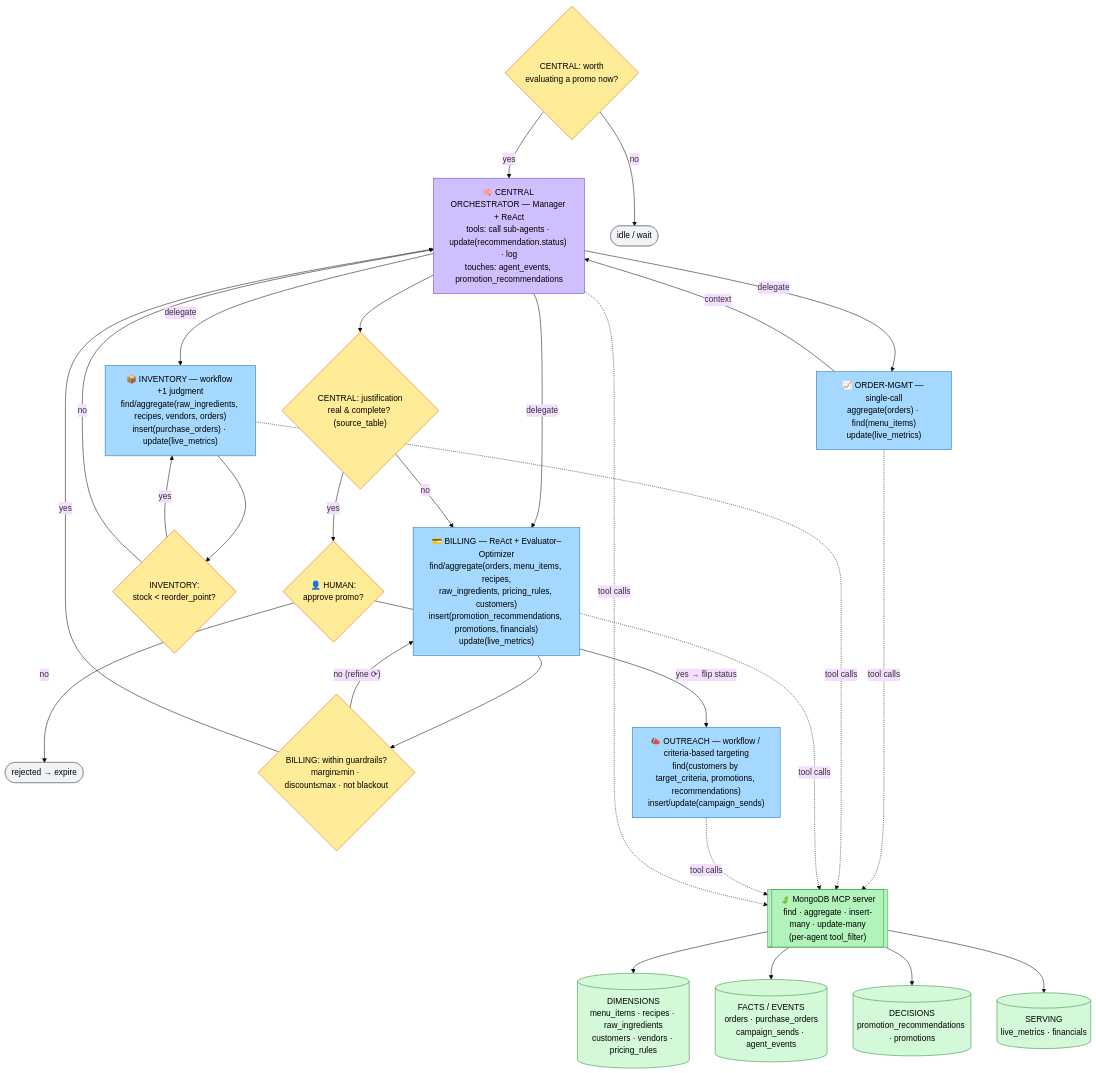
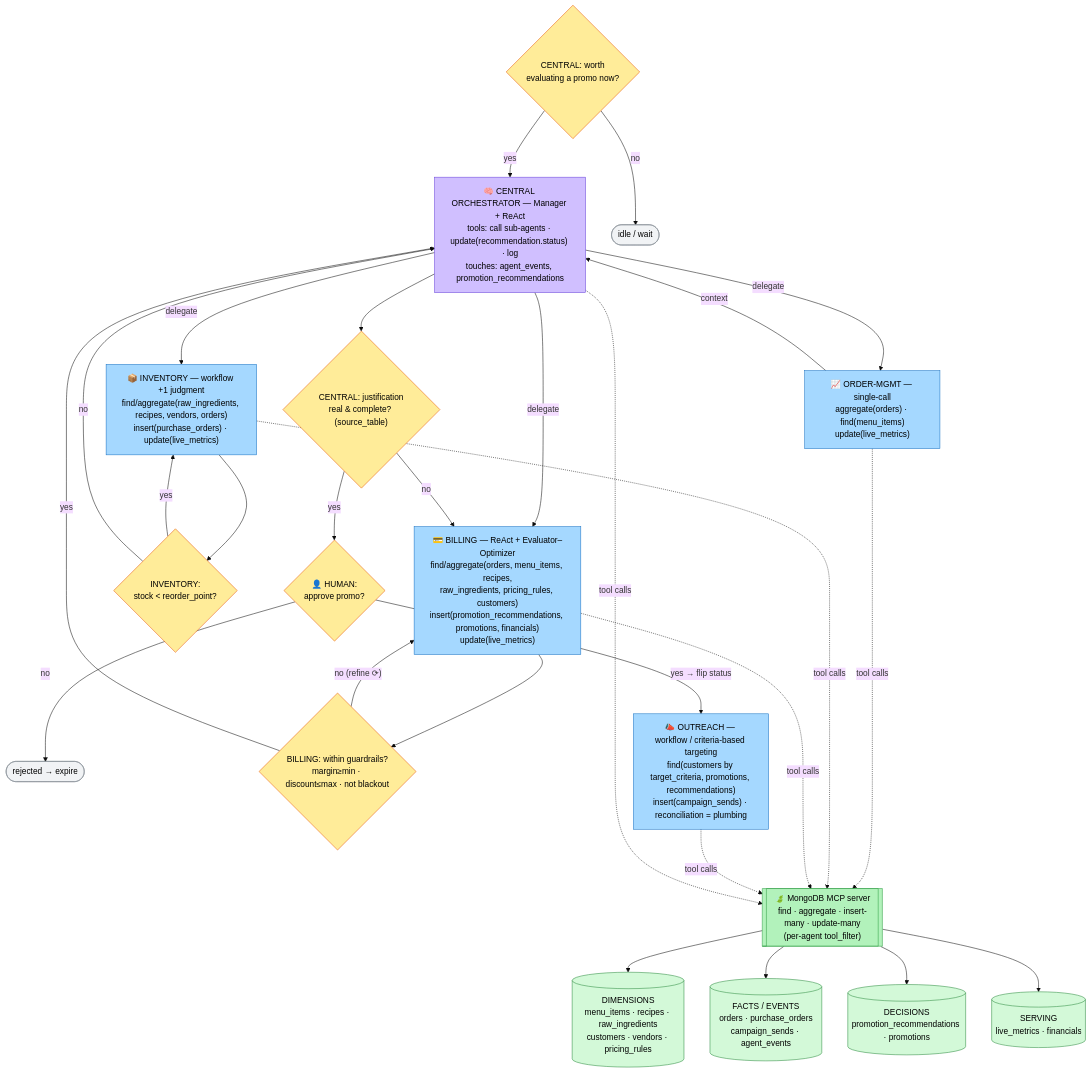
One commit to karthikuppuluri/restaurant_gm_agent changed the diagram in README.md. Above: the diagram before and after it, drawn with Mermaid (base theme). The commit also changed other lines of this file and 5 other files, not shown here.

````diff
--- a/README.md
+++ b/README.md
@@ -68,62 +77,62 @@
 ```mermaid
 flowchart TB
   classDef agent fill:#a5d8ff,stroke:#1971c2,color:#000;
   classDef central fill:#d0bfff,stroke:#6741d9,color:#000;
   classDef decision fill:#ffec99,stroke:#e8590c,color:#000;
   classDef data fill:#d3f9d8,stroke:#2b8a3e,color:#000;
   classDef mcp fill:#b2f2bb,stroke:#2f9e44,color:#000;
   classDef term fill:#f1f3f5,stroke:#868e96,color:#000;
 
   %% ---- orchestration + decisions ----
   TRIG{"CENTRAL: worth<br/>evaluating a promo now?"}:::decision
   CENTRAL["🧠 CENTRAL ORCHESTRATOR — Manager + ReAct<br/>tools: call sub-agents · update(recommendation.status) · log<br/>touches: agent_events, promotion_recommendations"]:::central
   QGATE{"CENTRAL: justification<br/>real &amp; complete? (source_table)"}:::decision
   APPROVE{"👤 HUMAN:<br/>approve promo?"}:::decision
   IDLE([idle / wait]):::term
   REJECT([rejected → expire]):::term
 
   %% ---- sub-agents: tool calls -> data sources ----
   ORD["📈 ORDER-MGMT — single-call<br/>aggregate(orders) · find(menu_items)<br/>update(live_metrics)"]:::agent
   INV["📦 INVENTORY — workflow +1 judgment<br/>find/aggregate(raw_ingredients, recipes, vendors, orders)<br/>insert(purchase_orders) · update(live_metrics)"]:::agent
   REORDER{"INVENTORY:<br/>stock &lt; reorder_point?"}:::decision
   BIL["💳 BILLING — ReAct + Evaluator–Optimizer<br/>find/aggregate(orders, menu_items, recipes,<br/>raw_ingredients, pricing_rules, customers)<br/>insert(promotion_recommendations, promotions, financials)<br/>update(live_metrics)"]:::agent
   FEAS{"BILLING: within guardrails?<br/>margin≥min · discount≤max · not blackout"}:::decision
-  OUT["📣 OUTREACH — workflow / criteria-based targeting<br/>find(customers by target_criteria, promotions, recommendations)<br/>insert/update(campaign_sends)"]:::agent
+  OUT["📣 OUTREACH — workflow / criteria-based targeting<br/>find(customers by target_criteria, promotions, recommendations)<br/>insert(campaign_sends) · reconciliation = plumbing"]:::agent
 
   %% ---- data access layer ----
   MCP[["🍃 MongoDB MCP server<br/>find · aggregate · insert-many · update-many<br/>(per-agent tool_filter)"]]:::mcp
   DIM[("DIMENSIONS<br/>menu_items · recipes · raw_ingredients<br/>customers · vendors · pricing_rules")]:::data
   FACT[("FACTS / EVENTS<br/>orders · purchase_orders<br/>campaign_sends · agent_events")]:::data
   DEC[("DECISIONS<br/>promotion_recommendations · promotions")]:::data
   SERV[("SERVING<br/>live_metrics · financials")]:::data
 
   %% ---- control flow + decisions ----
   TRIG -- no --> IDLE
   TRIG -- yes --> CENTRAL
   CENTRAL -- delegate --> ORD
   CENTRAL -- delegate --> INV
   CENTRAL -- delegate --> BIL
   ORD -- context --> CENTRAL
   INV --> REORDER
   REORDER -- yes --> INV
   REORDER -- no --> CENTRAL
   BIL --> FEAS
   FEAS -- "no (refine ⟳)" --> BIL
   FEAS -- yes --> CENTRAL
   CENTRAL --> QGATE
   QGATE -- no --> BIL
   QGATE -- yes --> APPROVE
   APPROVE -- no --> REJECT
   APPROVE -- "yes → flip status" --> OUT
 
   %% ---- tool calls reach data sources via MCP ----
   ORD -. tool calls .-> MCP
   INV -. tool calls .-> MCP
   BIL -. tool calls .-> MCP
   OUT -. tool calls .-> MCP
   CENTRAL -. tool calls .-> MCP
   MCP --> DIM
   MCP --> FACT
   MCP --> DEC
   MCP --> SERV
 ```
````
